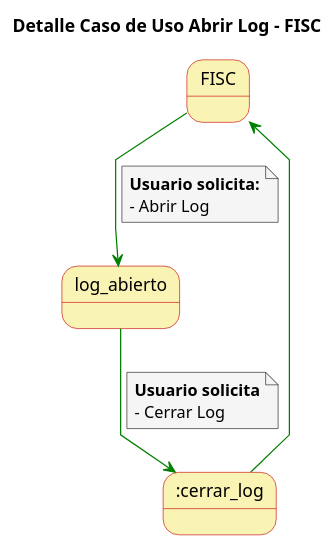
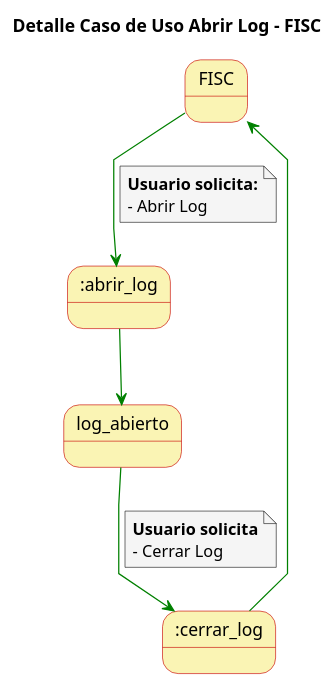
One commit to mmasias/23-24-IdSw1-SDR changed the diagram in casosDeUso/detallesCasosUso/detalleCasoUsoAbrirLog.puml. Above: the diagram before and after it, drawn with PlantUML. The commit also changed 10 other files, not shown here.

```diff
--- a/casosDeUso/detallesCasosUso/detalleCasoUsoAbrirLog.puml
+++ b/casosDeUso/detallesCasosUso/detalleCasoUsoAbrirLog.puml
@@ -1,31 +1,33 @@
 @startuml
 
 skinparam state {
   BackgroundColor #faf4b4
   BorderColor #c90000
 }
 
 skinparam note {
   BackgroundColor #f5f5f5
 }
 
 skinparam linetype polyline
 
 title Detalle Caso de Uso Abrir Log - FISC
 
 
-FISC -[#green]-> log_abierto 
+FISC -[#green]-> :abrir_log 
 note on link
   **Usuario solicita:**
   - Abrir Log
 end note
+
+:abrir_log -[#green]-> log_abierto
 
 log_abierto -[#green]-> :cerrar_log
 note on link
   **Usuario solicita**
   - Cerrar Log
 end note
 
-:cerrar_log -[#green]-> FISC
+:cerrar_log -u[#green]-> FISC
 
 @enduml
```
